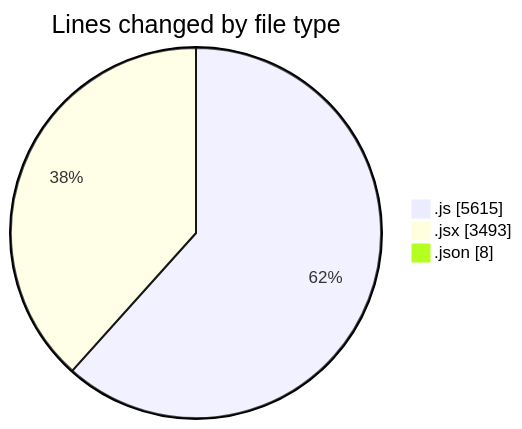
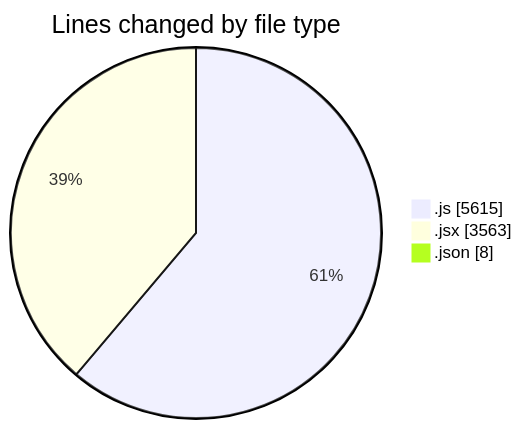
The first of 2 diagrams in 2025-07-23/nxtqube_webapp/README.md (nxtqubesakshisongat/code-tracking), drawn with Mermaid before and after one commit. The commit also changed other lines of this file and 1 other file, not shown here.

````diff
--- a/2025-07-23/nxtqube_webapp/README.md
+++ b/2025-07-23/nxtqube_webapp/README.md
@@ -60,7 +61,7 @@
 ```mermaid
 pie showData
 title Lines changed by file type
 ".js" : 5615
-".jsx" : 3493
+".jsx" : 3563
 ".json" : 8
 ```
````
